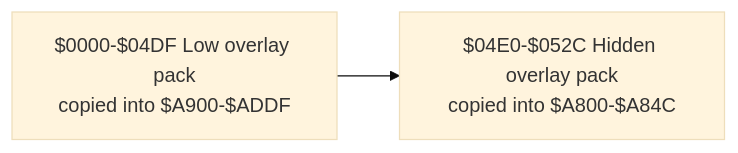
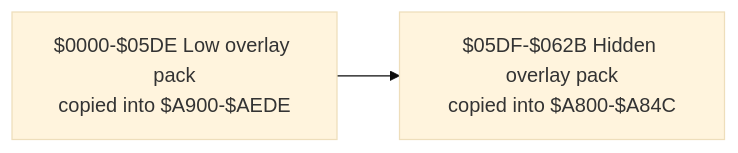
The third of 8 diagrams in src/apps/readybasic/READYBASIC_LIFECYCLE_AND_REU_ARCHITECTURE.md (123Onetwothree123/6502), drawn with Mermaid (base theme) before and after one commit. The commit also changed other lines of this file and 13 other files, not shown here.

````diff
--- a/src/apps/readybasic/READYBASIC_LIFECYCLE_AND_REU_ARCHITECTURE.md
+++ b/src/apps/readybasic/READYBASIC_LIFECYCLE_AND_REU_ARCHITECTURE.md
@@ -177,6 +177,6 @@
 ```mermaid
 flowchart LR
-  LP["$0000-$04DF Low overlay pack<br/>copied into $A900-$ADDF"]
-  HP["$04E0-$052C Hidden overlay pack<br/>copied into $A800-$A84C"]
+  LP["$0000-$05DE Low overlay pack<br/>copied into $A900-$AEDE"]
+  HP["$05DF-$062B Hidden overlay pack<br/>copied into $A800-$A84C"]
   LP --> HP
 ```
````
